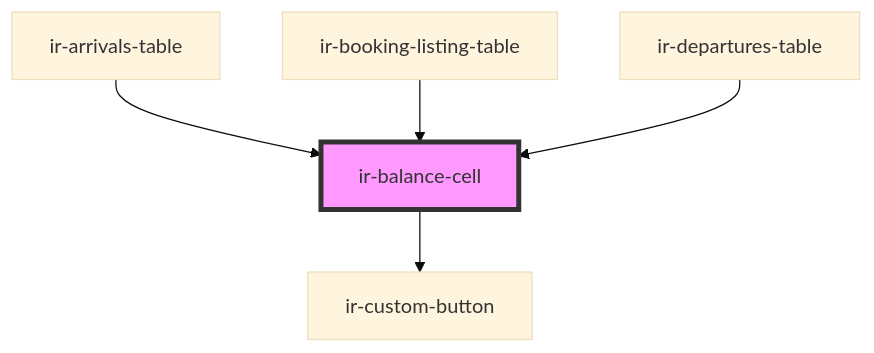
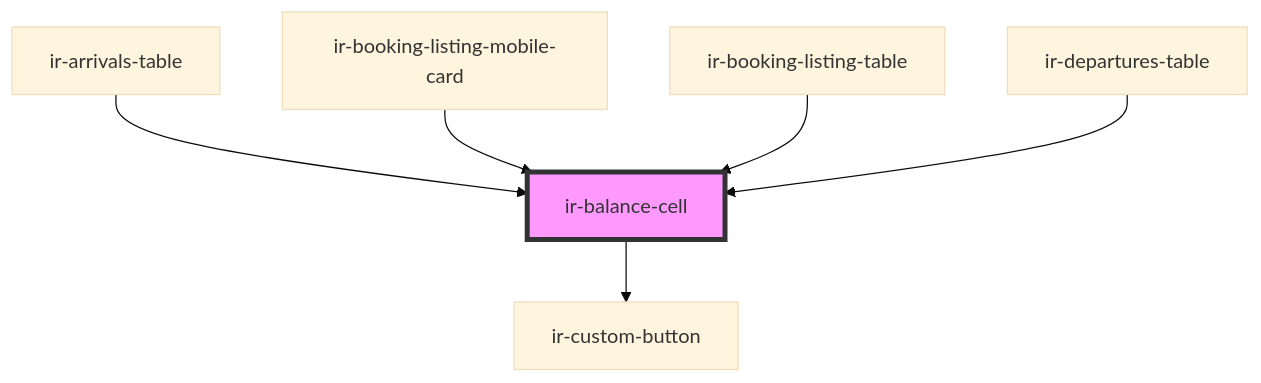
The diagram in src/components/table-cells/booking/ir-balance-cell/readme.md (David1Chowaifaty/modified-ir-webcmp), drawn with Mermaid (base theme) before and after one commit. The commit also changed other lines of this file and 69 other files, not shown here.

````diff
--- a/src/components/table-cells/booking/ir-balance-cell/readme.md
+++ b/src/components/table-cells/booking/ir-balance-cell/readme.md
@@ -39,8 +42,9 @@
 ```mermaid
 graph TD;
   ir-balance-cell --> ir-custom-button
   ir-arrivals-table --> ir-balance-cell
+  ir-booking-listing-mobile-card --> ir-balance-cell
   ir-booking-listing-table --> ir-balance-cell
   ir-departures-table --> ir-balance-cell
   style ir-balance-cell fill:#f9f,stroke:#333,stroke-width:4px
 ```
````
